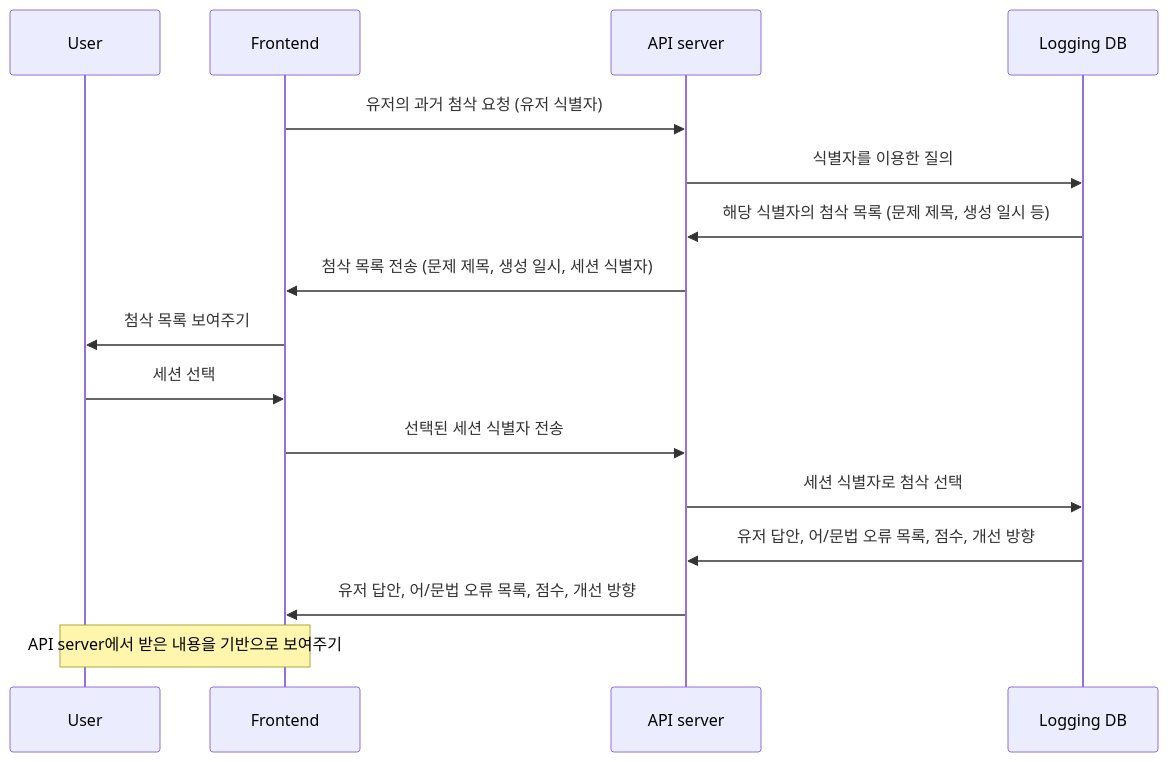
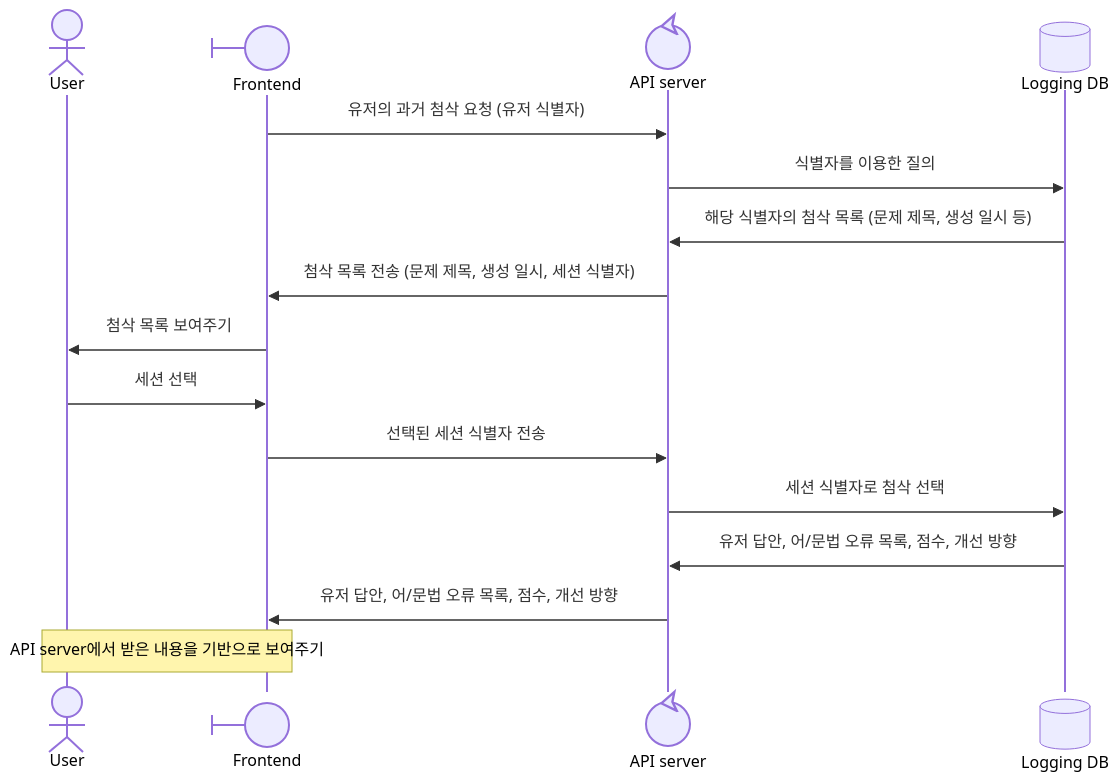
One commit to bookyoulove/paragraphy changed the fourth of 5 diagrams in 설계문서/시퀀스 다이어그램.md. Above: the diagram before and after it, drawn with Mermaid. The commit also changed other lines of this file, not shown here.

Commit message:
시퀀스 다이어그램 심볼

````diff
--- a/설계문서/시퀀스 다이어그램.md
+++ b/설계문서/시퀀스 다이어그램.md
@@ -85,18 +85,18 @@
 ```mermaid
 sequenceDiagram
-    participant User
-    participant Frontend
-    participant API as API server
-    participant log as Logging DB
+    actor User
+    participant Frontend@{ "type" : "boundary" }
+    participant API@{ "type" : "control" , alias: "API server"}
+    participant log@{ "type" : "database" , alias: "Logging DB"}
     Frontend->>API: 유저의 과거 첨삭 요청 (유저 식별자)
     API->>log: 식별자를 이용한 질의
     log->>API: 해당 식별자의 첨삭 목록 (문제 제목, 생성 일시 등)
     API->>Frontend: 첨삭 목록 전송 (문제 제목, 생성 일시, 세션 식별자)
     Frontend->>User: 첨삭 목록 보여주기
     User->>Frontend: 세션 선택
     Frontend->>API: 선택된 세션 식별자 전송
     API->>log: 세션 식별자로 첨삭 선택
     log->>API: 유저 답안, 어/문법 오류 목록, 점수, 개선 방향
     API->>Frontend: 유저 답안, 어/문법 오류 목록, 점수, 개선 방향
     Note over Frontend, User: API server에서 받은 내용을 기반으로 보여주기
 ```
````
